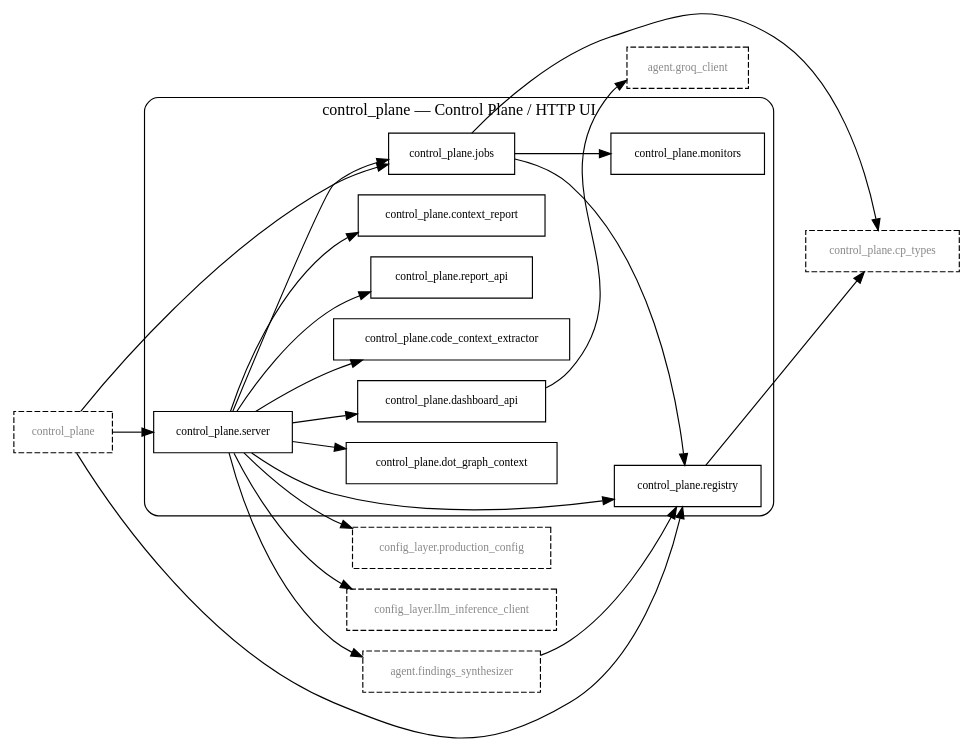
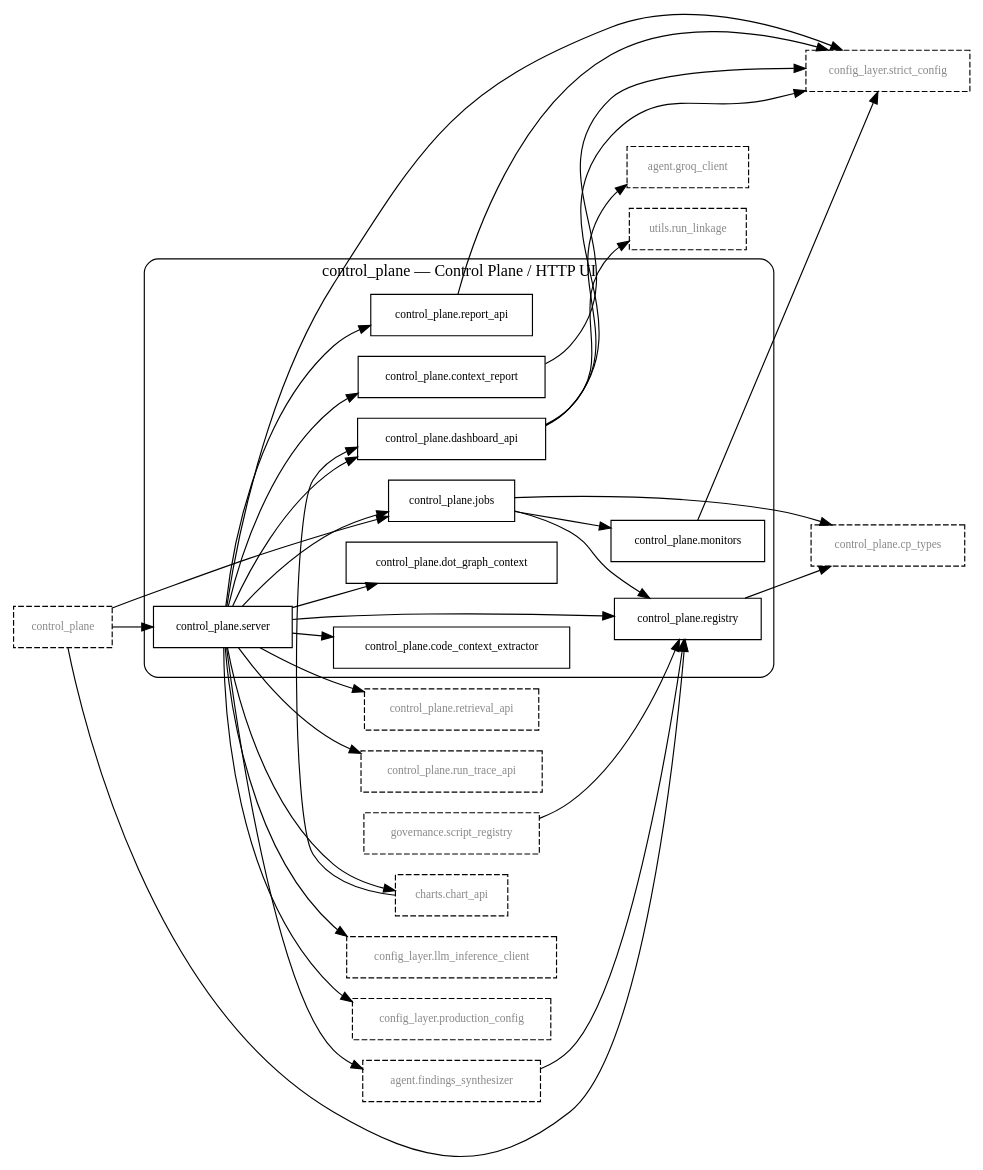
Before and after one commit to Chaithu1995-0312/TradeHlt: the diagram in flow_graphs/control_plane.dot, drawn with Graphviz. The commit also changed 9 other files, not shown here.

First line of the commit message:
Regenerate flow graphs and CLI matrix; resync drifted code citations in docs [nolog]

```diff
--- a/flow_graphs/control_plane.dot
+++ b/flow_graphs/control_plane.dot
@@ -1,48 +1,65 @@
 digraph flow_control_plane {
     rankdir=LR;
     node [shape=box, fontsize=10];
 
     subgraph "cluster_control_plane" {
         label="control_plane — Control Plane / HTTP UI"; style="rounded";
         "control_plane.code_context_extractor";
         "control_plane.context_report";
         "control_plane.dashboard_api";
         "control_plane.dot_graph_context";
         "control_plane.jobs";
         "control_plane.monitors";
         "control_plane.registry";
         "control_plane.report_api";
         "control_plane.server";
     }
 
     // 1-hop dependency boundary (not flow members)
     "agent.findings_synthesizer" [style="dashed", fontcolor="#888888"];
     "agent.groq_client" [style="dashed", fontcolor="#888888"];
+    "charts.chart_api" [style="dashed", fontcolor="#888888"];
     "config_layer.llm_inference_client" [style="dashed", fontcolor="#888888"];
     "config_layer.production_config" [style="dashed", fontcolor="#888888"];
+    "config_layer.strict_config" [style="dashed", fontcolor="#888888"];
     "control_plane" [style="dashed", fontcolor="#888888"];
     "control_plane.cp_types" [style="dashed", fontcolor="#888888"];
+    "control_plane.retrieval_api" [style="dashed", fontcolor="#888888"];
+    "control_plane.run_trace_api" [style="dashed", fontcolor="#888888"];
+    "governance.script_registry" [style="dashed", fontcolor="#888888"];
+    "utils.run_linkage" [style="dashed", fontcolor="#888888"];
 
     // member -> member (intra-flow dependencies)
     "control_plane.jobs" -> "control_plane.monitors";
     "control_plane.jobs" -> "control_plane.registry";
     "control_plane.server" -> "control_plane.code_context_extractor";
     "control_plane.server" -> "control_plane.context_report";
     "control_plane.server" -> "control_plane.dashboard_api";
     "control_plane.server" -> "control_plane.dot_graph_context";
     "control_plane.server" -> "control_plane.jobs";
     "control_plane.server" -> "control_plane.registry";
     "control_plane.server" -> "control_plane.report_api";
 
     // boundary dependencies (one endpoint outside the flow)
     "agent.findings_synthesizer" -> "control_plane.registry";
+    "charts.chart_api" -> "control_plane.dashboard_api";
     "control_plane" -> "control_plane.jobs";
     "control_plane" -> "control_plane.registry";
     "control_plane" -> "control_plane.server";
+    "control_plane.context_report" -> "config_layer.strict_config";
     "control_plane.dashboard_api" -> "agent.groq_client";
+    "control_plane.dashboard_api" -> "config_layer.strict_config";
+    "control_plane.dashboard_api" -> "utils.run_linkage";
     "control_plane.jobs" -> "control_plane.cp_types";
+    "control_plane.monitors" -> "config_layer.strict_config";
     "control_plane.registry" -> "control_plane.cp_types";
+    "control_plane.report_api" -> "config_layer.strict_config";
     "control_plane.server" -> "agent.findings_synthesizer";
+    "control_plane.server" -> "charts.chart_api";
     "control_plane.server" -> "config_layer.llm_inference_client";
     "control_plane.server" -> "config_layer.production_config";
+    "control_plane.server" -> "config_layer.strict_config";
+    "control_plane.server" -> "control_plane.retrieval_api";
+    "control_plane.server" -> "control_plane.run_trace_api";
+    "governance.script_registry" -> "control_plane.registry";
 }
```
